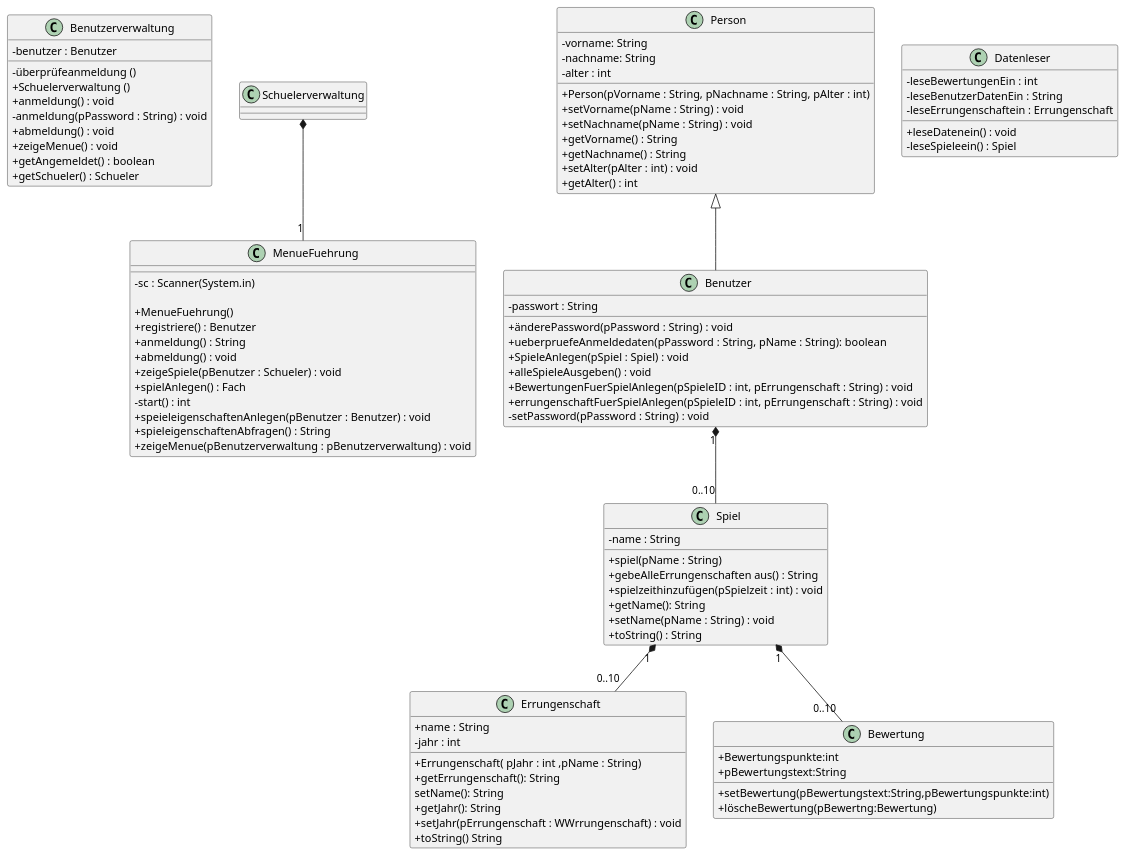
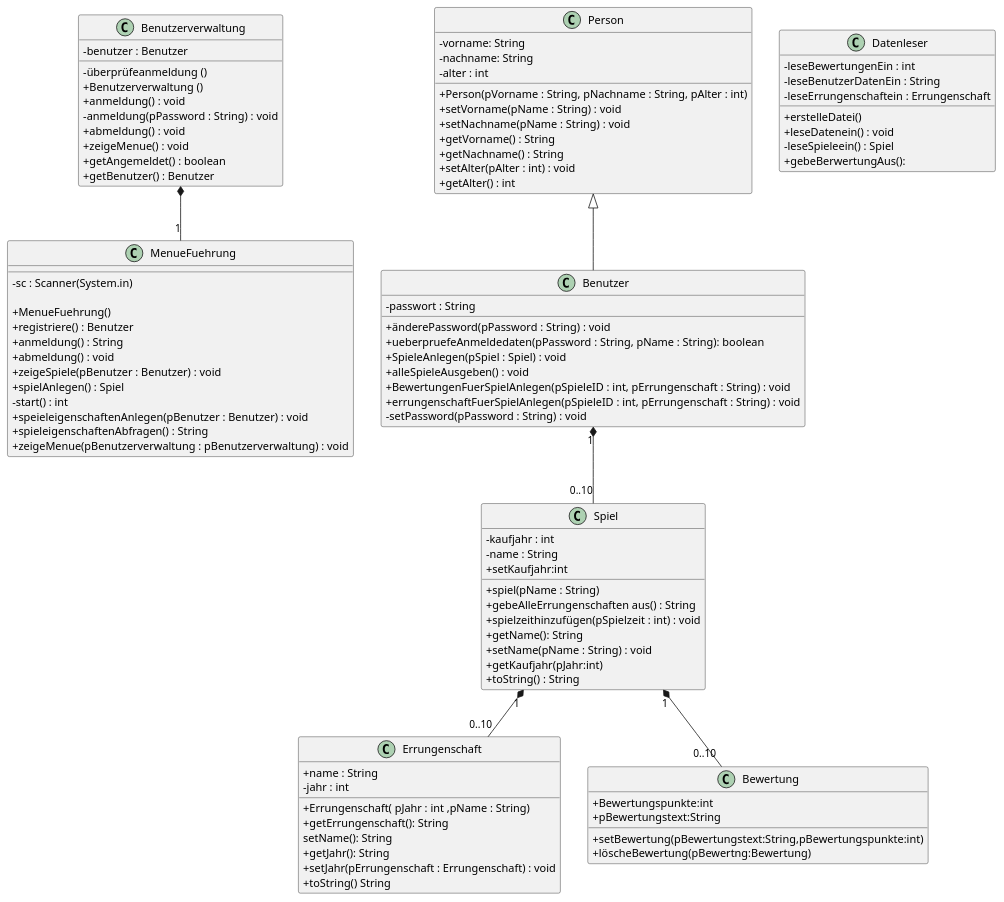
Before and after one commit to HEBK-BGM/Verwaltungssoftware_Team_3_TestGIt: the diagram in Docs/Pflichtenheft/Diagramme/Klassendiagramm.iuml, drawn with PlantUML.

Commit message:
Fast fertige Klassendiagramm

```diff
--- a/Docs/Pflichtenheft/Diagramme/Klassendiagramm.iuml
+++ b/Docs/Pflichtenheft/Diagramme/Klassendiagramm.iuml
@@ -1,107 +1,112 @@
 @startuml
 skinparam classAttributeIconSize 0
 
 class Benutzerverwaltung{
  -benutzer : Benutzer
  -überprüfeanmeldung ()
- + Schuelerverwaltung ()
+ + Benutzerverwaltung ()
  + anmeldung() : void
  - anmeldung(pPassword : String) : void
  + abmeldung() : void
  + zeigeMenue() : void
  + getAngemeldet() : boolean
- + getSchueler() : Schueler
+ + getBenutzer() : Benutzer
 }
 
 
 
 class MenueFuehrung{
  - sc : Scanner(System.in)
 
  +MenueFuehrung()
  +registriere() : Benutzer
  + anmeldung() : String
  + abmeldung() : void
- + zeigeSpiele(pBenutzer : Schueler) : void
- + spielAnlegen() : Fach
+ + zeigeSpiele(pBenutzer : Benutzer) : void
+ + spielAnlegen() : Spiel
  - start() : int
  + speieleigenschaftenAnlegen(pBenutzer : Benutzer) : void
  + spieleigenschaftenAbfragen() : String
  + zeigeMenue(pBenutzerverwaltung : pBenutzerverwaltung) : void
  
  }
 
 class Person{
  -vorname: String
  -nachname: String
  -alter : int
  + Person(pVorname : String, pNachname : String, pAlter : int)
  +setVorname(pName : String) : void
  +setNachname(pName : String) : void
  +getVorname() : String
  +getNachname() : String
  +setAlter(pAlter : int) : void
  +getAlter() : int
 }
 
 
 
 class Spiel{
+ -kaufjahr : int 
  -name : String
  +spiel(pName : String)
  +gebeAlleErrungenschaften aus() : String
  +spielzeithinzufügen(pSpielzeit : int) : void
  +getName(): String
  +setName(pName : String) : void
+ +setKaufjahr:int
+ +getKaufjahr(pJahr:int)
  +toString() : String
 }
 
 class Errungenschaft{
  +name : String
  -jahr : int
  +Errungenschaft( pJahr : int ,pName : String)
  +getErrungenschaft(): String
  setName(): String
  +getJahr(): String
- +setJahr(pErrungenschaft : WWrrungenschaft) : void
+ +setJahr(pErrungenschaft : Errungenschaft) : void
  +toString() String
 }
 
 
 
 
 class Benutzer{
   -passwort : String
   +änderePassword(pPassword : String) : void
   +ueberpruefeAnmeldedaten(pPassword : String, pName : String): boolean
   + SpieleAnlegen(pSpiel : Spiel) : void
   +alleSpieleAusgeben() : void
   +BewertungenFuerSpielAnlegen(pSpieleID : int, pErrungenschaft : String) : void
    +errungenschaftFuerSpielAnlegen(pSpieleID : int, pErrungenschaft : String) : void
   -setPassword(pPassword : String) : void
 }
 
 class Datenleser{
+  +erstelleDatei()
   +leseDatenein() : void 
   -leseBewertungenEin : int
   -leseBenutzerDatenEin : String
   -leseErrungenschaftein : Errungenschaft
   -leseSpieleein() : Spiel
+  +gebeBerwertungAus(): 
   }
 
 class Bewertung{
   +Bewertungspunkte:int
   +pBewertungstext:String
   +setBewertung(pBewertungstext:String,pBewertungspunkte:int)
   +löscheBewertung(pBewertng:Bewertung)
 
 }
 
 
 Spiel "1" *-- "0..10" Errungenschaft
 Spiel "1" *-- "0..10" Bewertung
-Schuelerverwaltung  *-- "1" MenueFuehrung
+Benutzerverwaltung  *-- "1" MenueFuehrung
 Benutzer "1" *-- "0..10" Spiel
 Person <|-- Benutzer
 
 @enduml
```
